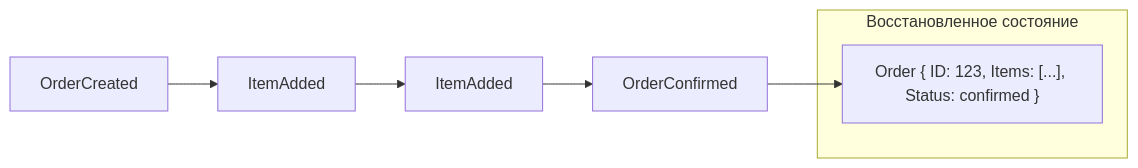
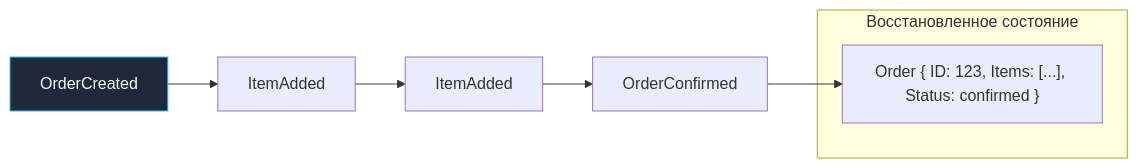
One commit to UnrealTemplier/go-textbook changed the diagram in sources/11. Архитектура и System Design/24. Event Sourcing. Хранение событий вместо состояния.md. Above: the diagram before and after it, drawn with Mermaid. The commit also changed 1666 other files, not shown here.

First line of the commit message:
feat(mermaid): add semantic color classDef to 1369 colorless flowchart/graph diagrams

````diff
--- a/sources/11. Архитектура и System Design/24. Event Sourcing. Хранение событий вместо состояния.md
+++ b/sources/11. Архитектура и System Design/24. Event Sourcing. Хранение событий вместо состояния.md
@@ -37,8 +37,18 @@
 ```mermaid
 flowchart LR
-    E1["OrderCreated"] --> E2["ItemAdded"] --> E3["ItemAdded"] --> E4["OrderConfirmed"]
+    classDef process  fill:#1e293b,stroke:#38bdf8,stroke-width:1px,color:#f8fafc
+    classDef success  fill:#064e3b,stroke:#34d399,stroke-width:1px,color:#f8fafc
+    classDef error    fill:#7f1d1d,stroke:#f87171,stroke-width:1px,color:#f8fafc
+    classDef warning  fill:#78350f,stroke:#fbbf24,stroke-width:1px,color:#f8fafc
+    classDef entry    fill:#1e3a5f,stroke:#38bdf8,stroke-width:2px,color:#f8fafc
+    classDef aux      fill:#334155,stroke:#64748b,stroke-width:1px,color:#f8fafc
+    classDef system   fill:#312e81,stroke:#a78bfa,stroke-width:1px,color:#f8fafc
+    classDef data     fill:#132d29,stroke:#2dd4bf,stroke-width:1px,color:#f8fafc
+    classDef network  fill:#881337,stroke:#fb7185,stroke-width:1px,color:#f8fafc
+    classDef accent   fill:#1e1b4b,stroke:#818cf8,stroke-width:1px,color:#f8fafc
+    E1["OrderCreated"]:::process --> E2["ItemAdded"] --> E3["ItemAdded"] --> E4["OrderConfirmed"]
     subgraph State["Восстановленное состояние"]
         S["Order { ID: 123, Items: [...], Status: confirmed }"]
     end
     E4 --> S
 ```
````
